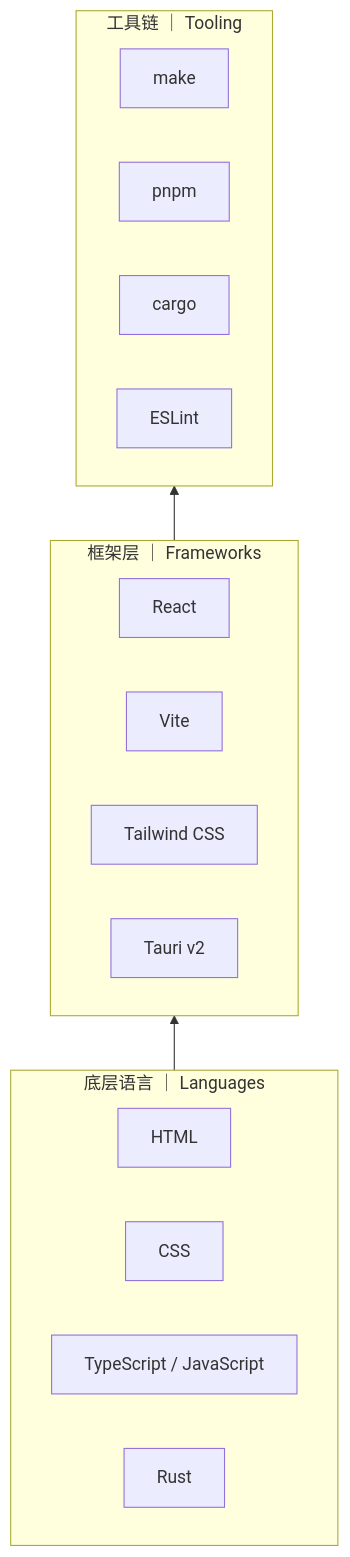
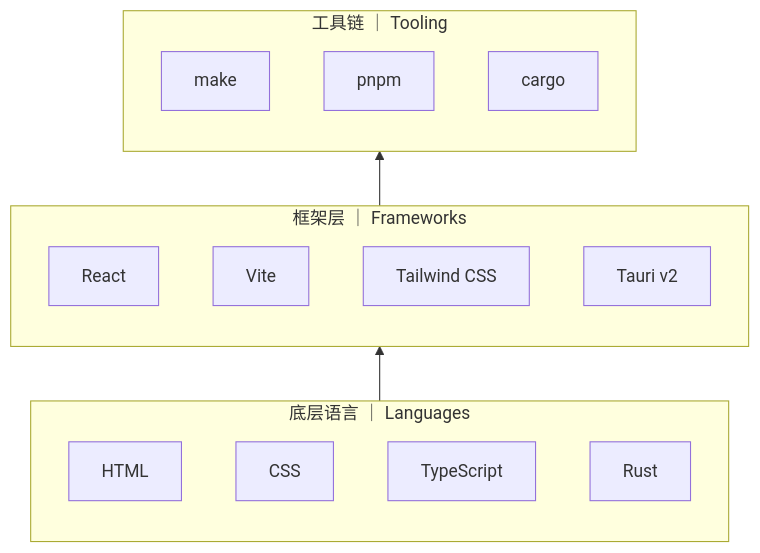
The diagram in CONTRIBUTING.md (YELEBAI/Whaleplay), drawn with Mermaid before and after one commit. The commit also changed other lines of this file and 2 other files, not shown here.

````diff
--- a/CONTRIBUTING.md
+++ b/CONTRIBUTING.md
@@ -69,28 +46,24 @@
 ```mermaid
 graph BT
     subgraph Languages["底层语言 ｜ Languages"]
-        direction LR
         HTML["HTML"]
         CSS["CSS"]
-        TS["TypeScript / JavaScript"]
+        TS["TypeScript"]
         Rust["Rust"]
     end
 
     subgraph Frameworks["框架层 ｜ Frameworks"]
-        direction LR
         React["React"]
         Vite["Vite"]
         Tailwind["Tailwind CSS"]
         Tauri["Tauri v2"]
     end
 
     subgraph Tooling["工具链 ｜ Tooling"]
-        direction LR
         Make["make"]
         Pnpm["pnpm"]
         Cargo["cargo"]
-        ESLint["ESLint"]
     end
 
     Languages --> Frameworks --> Tooling
 ```
````
